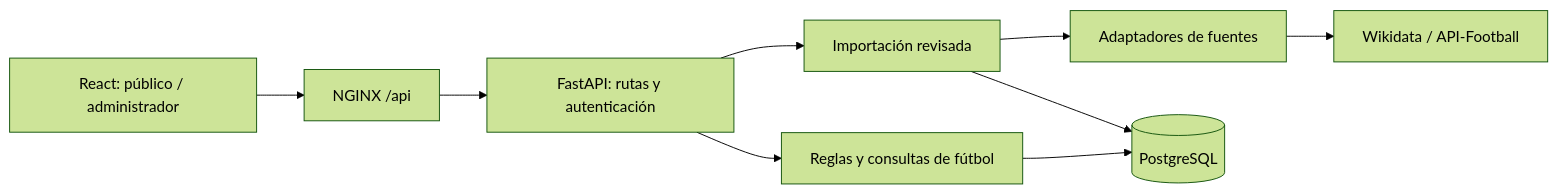
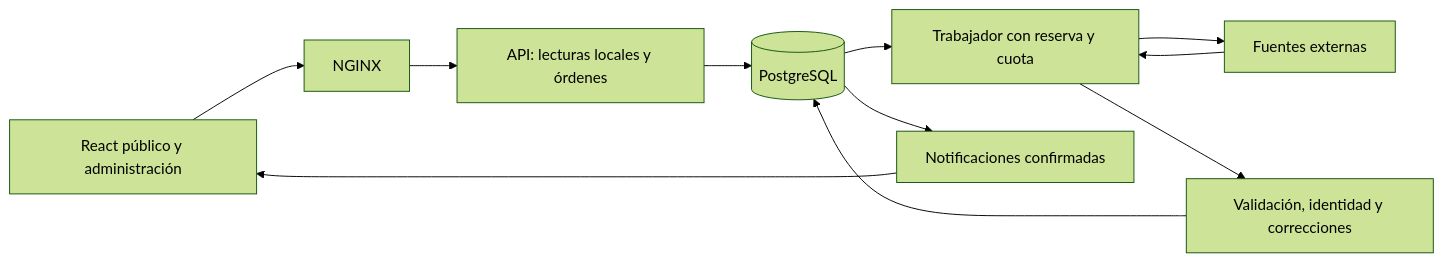
One commit to ManuelPerilla/once changed the diagram in docs/architecture.md. Above: the diagram before and after it, drawn with Mermaid (forest theme). The commit also changed other lines of this file and 207 other files, not shown here.

````diff
--- a/docs/architecture.md
+++ b/docs/architecture.md
@@ -7,11 +7,13 @@
 ```mermaid
 flowchart LR
-  UI[React: público / administrador] --> N[NGINX /api]
-  N --> API[FastAPI: rutas y autenticación]
-  API --> R[Reglas y consultas de fútbol]
-  API --> C[Importación revisada]
-  C --> P[Adaptadores de fuentes]
-  R --> DB[(PostgreSQL)]
-  C --> DB
-  P --> W[Wikidata / API-Football]
+  UI[React público y administración] --> N[NGINX]
+  N --> API[API: lecturas locales y órdenes]
+  API --> DB[(PostgreSQL)]
+  DB --> W[Trabajador con reserva y cuota]
+  W --> S[Fuentes externas]
+  S --> W
+  W --> V[Validación, identidad y correcciones]
+  V --> DB
+  DB --> E[Notificaciones confirmadas]
+  E --> UI
 ```
````
